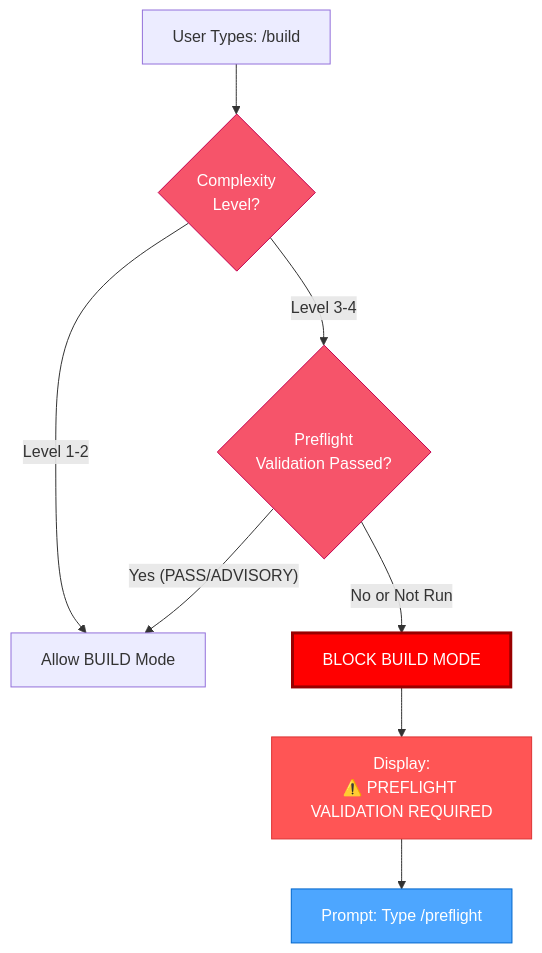
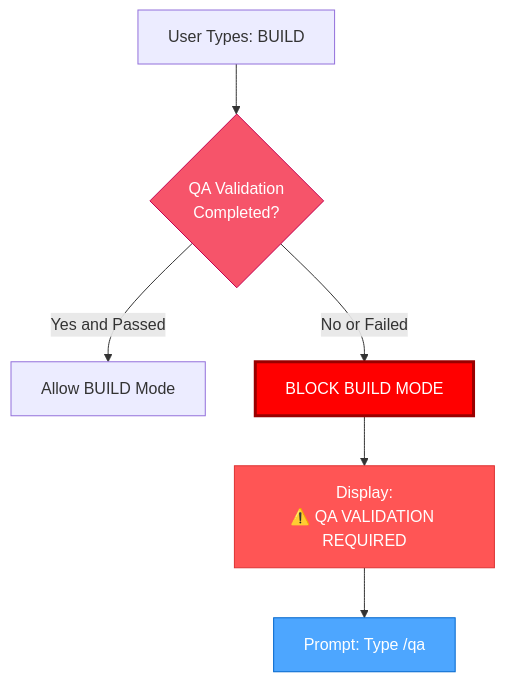
One commit to Texarkanine/.cursor-rules changed the sixth of 12 diagrams in rulesets/niko/niko/visual-maps/van_mode_split/van-mode-map.mdc. Above: the diagram before and after it, drawn with Mermaid. The commit also changed other lines of this file and 20 other files, not shown here.

````diff
--- a/rulesets/niko/niko/visual-maps/van_mode_split/van-mode-map.mdc
+++ b/rulesets/niko/niko/visual-maps/van_mode_split/van-mode-map.mdc
@@ -207,16 +213,13 @@
 ```mermaid
 graph TD
-    Start["User Types: /build"] --> CheckLevel{"Complexity<br>Level?"}
-    CheckLevel -->|"Level 1-2"| AllowBuild["Allow BUILD Mode"]
-    CheckLevel -->|"Level 3-4"| CheckPreflight{"Preflight<br>Validation Passed?"}
-    CheckPreflight -->|"Yes (PASS/ADVISORY)"| AllowBuild
-    CheckPreflight -->|"No or Not Run"| BlockBuild["BLOCK BUILD MODE"]
-    BlockBuild --> Message["Display:<br>⚠️ PREFLIGHT VALIDATION REQUIRED"]
-    Message --> ReturnToPreflight["Prompt: Type /preflight"]
-
-    style CheckLevel fill:#f6546a,stroke:#c30052,color:white
-    style CheckPreflight fill:#f6546a,stroke:#c30052,color:white
+    Start["User Types: BUILD"] --> CheckQA{"QA Validation<br>Completed?"}
+    CheckQA -->|"Yes and Passed"| AllowBuild["Allow BUILD Mode"]
+    CheckQA -->|"No or Failed"| BlockBuild["BLOCK BUILD MODE"]
+    BlockBuild --> Message["Display:<br>⚠️ QA VALIDATION REQUIRED"]
+    Message --> ReturnToVANQA["Prompt: Type /qa"]
+    
+    style CheckQA fill:#f6546a,stroke:#c30052,color:white
     style BlockBuild fill:#ff0000,stroke:#990000,color:white,stroke-width:3px
     style Message fill:#ff5555,stroke:#dd3333,color:white
-    style ReturnToPreflight fill:#4da6ff,stroke:#0066cc,color:white
+    style ReturnToVANQA fill:#4da6ff,stroke:#0066cc,color:white
 ```
````
